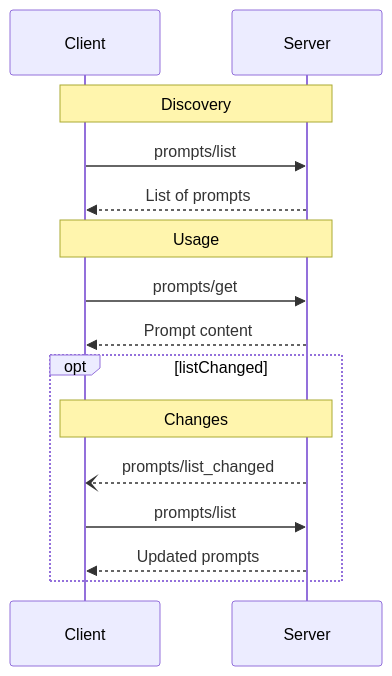
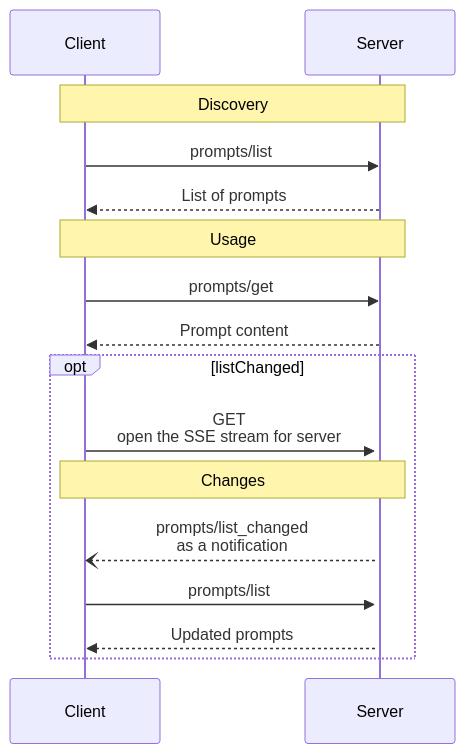
The diagram in docs/specification/2025-06-18/server/prompts.mdx (modelcontextprotocol/modelcontextprotocol), drawn with Mermaid before and after one commit.

Commit message:
fix the sequence diagram, client should open the SSE stream first.
Client should open the SSE stream first, then server can send prompts/list_changed notification.

````diff
--- a/docs/specification/2025-06-18/server/prompts.mdx
+++ b/docs/specification/2025-06-18/server/prompts.mdx
@@ -150,20 +150,21 @@
 ```mermaid
 sequenceDiagram
     participant Client
     participant Server
 
     Note over Client,Server: Discovery
     Client->>Server: prompts/list
     Server-->>Client: List of prompts
 
     Note over Client,Server: Usage
     Client->>Server: prompts/get
     Server-->>Client: Prompt content
 
     opt listChanged
+      Client->>+Server: GET<br>open the SSE stream for server
       Note over Client,Server: Changes
-      Server--)Client: prompts/list_changed
+      Server--)Client: prompts/list_changed<br>as a notification
       Client->>Server: prompts/list
       Server-->>Client: Updated prompts
     end
 ```
````
